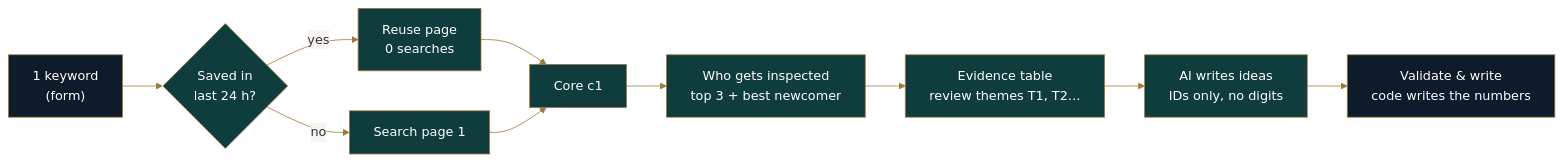
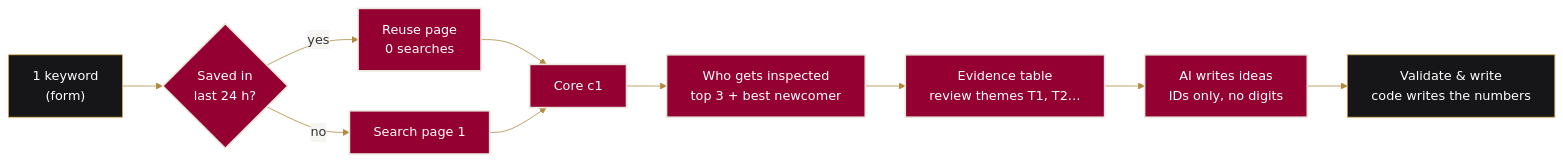
Before and after one commit to Mohib-Ur-Rehman-automation/amazon-toolkit: the diagram in i2-market-deep-dive/README.md, drawn with Mermaid. The commit also changed 33 other files, not shown here.

````diff
--- a/i2-market-deep-dive/README.md
+++ b/i2-market-deep-dive/README.md
@@ -34,17 +34,17 @@
 ```mermaid
-%%{init: {'theme':'base','themeVariables':{'fontFamily':'Georgia, serif','lineColor':'#9C7A3C','textColor':'#1f2328','edgeLabelBackground':'#f7f5f2'}}}%%
+%%{init: {'theme':'base','themeVariables':{'fontFamily':'Georgia, serif','lineColor':'#B08A3E','textColor':'#1f2328','edgeLabelBackground':'#f7f5f2'}}}%%
 flowchart LR
   A["1 keyword<br/>(form)"] --> B{"Saved in<br/>last 24 h?"}
   B -- yes --> C["Reuse page<br/>0 searches"]
   B -- no --> D["Search page 1"]
   C --> E["Core c1"]
   D --> E
   E --> F["Who gets inspected<br/>top 3 + best newcomer"]
   F --> G["Evidence table<br/>review themes T1, T2…"]
   G --> H["AI writes ideas<br/>IDs only, no digits"]
   H --> I["Validate & write<br/>code writes the numbers"]
-  classDef step fill:#0F3D3E,stroke:#9C7A3C,color:#ffffff;
-  classDef io fill:#0D1B2A,stroke:#9C7A3C,color:#ffffff;
+  classDef step fill:#930031,stroke:#ECE7DD,stroke-width:2px,color:#ffffff;
+  classDef io fill:#161618,stroke:#DAAC53,color:#ffffff;
   class A,I io;
   class B,C,D,E,F,G,H step;
 ```
````
